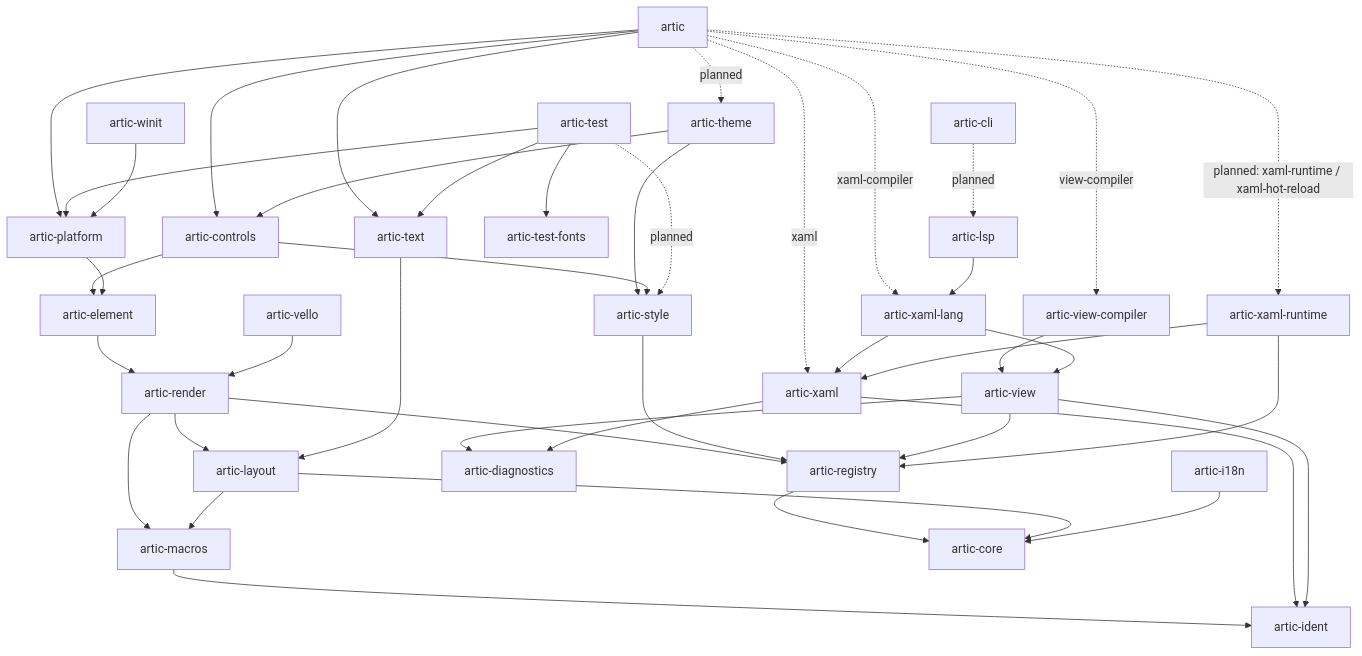
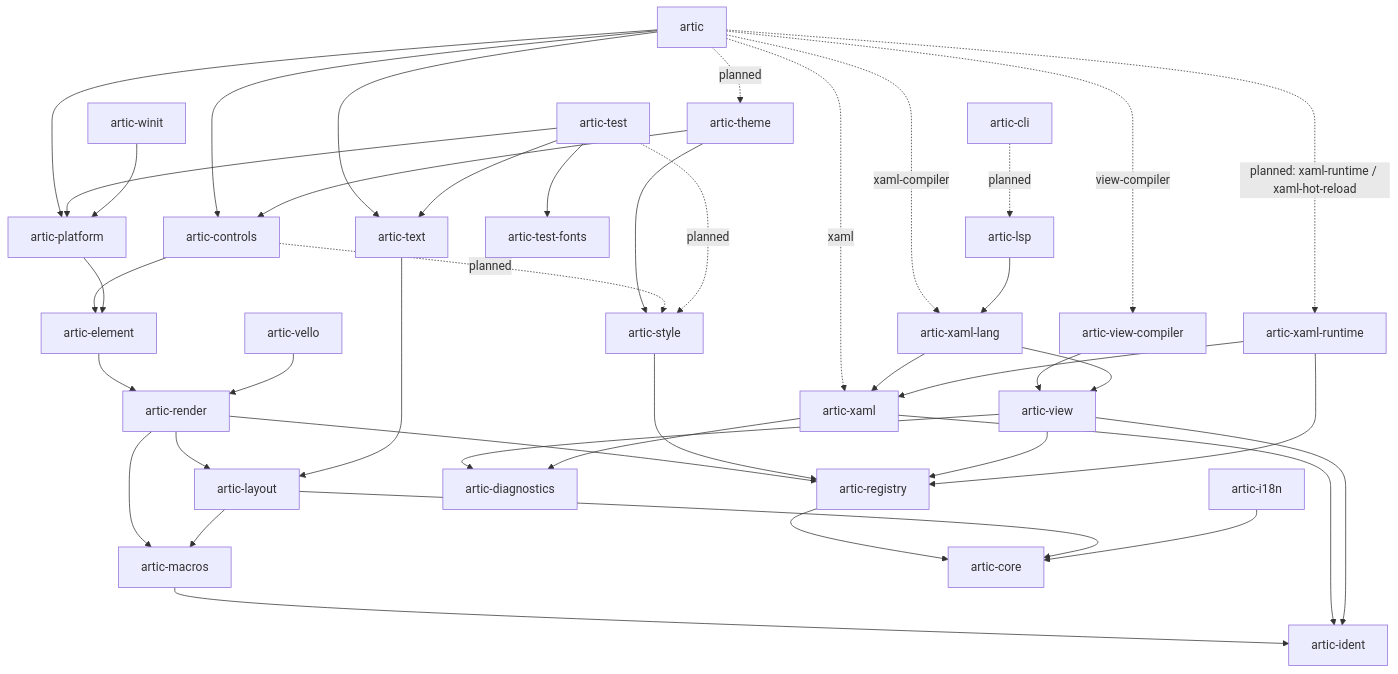
One commit to wolfware-labs/artic changed the diagram in docs/architecture.md. Above: the diagram before and after it, drawn with Mermaid. The commit also changed other lines of this file and 29 other files, not shown here.

````diff
--- a/docs/architecture.md
+++ b/docs/architecture.md
@@ -37,54 +37,54 @@
 ```mermaid
 flowchart TD
   artic -. planned .-> theme[artic-theme]
   artic --> controls[artic-controls]
   artic --> platform[artic-platform]
   artic --> text[artic-text]
   artic -. planned: xaml-runtime / xaml-hot-reload .-> runtime[artic-xaml-runtime]
   artic -. xaml .-> xaml
   artic -. view-compiler .-> viewc[artic-view-compiler]
   artic -. xaml-compiler .-> lang
 
   theme --> controls
   theme --> styles[artic-style]
 
   controls --> element[artic-element]
-  controls --> styles
+  controls -. planned .-> styles
 
   platform --> element
 
   element --> render[artic-render]
 
   test[artic-test] --> platform
   test -. planned .-> styles
   test --> text
   test --> fonts[artic-test-fonts]
 
   winit[artic-winit] --> platform
   vello[artic-vello] --> render
 
   cli[artic-cli] -. planned .-> lsp[artic-lsp]
   lsp --> lang[artic-xaml-lang]
 
   render --> layout[artic-layout]
   render --> registry[artic-registry]
   render --> macros[artic-macros]
   text --> layout
   styles --> registry
   viewc --> view[artic-view]
   lang --> view
   view --> registry
   view --> diagnostics
   lang --> xaml[artic-xaml]
   xaml --> diagnostics[artic-diagnostics]
   runtime --> registry
   runtime --> xaml
 
   registry --> core[artic-core]
   layout --> core
   layout --> macros
   macros --> ident[artic-ident]
   xaml --> ident
   view --> ident
   i18n[artic-i18n] --> core
 ```
````
